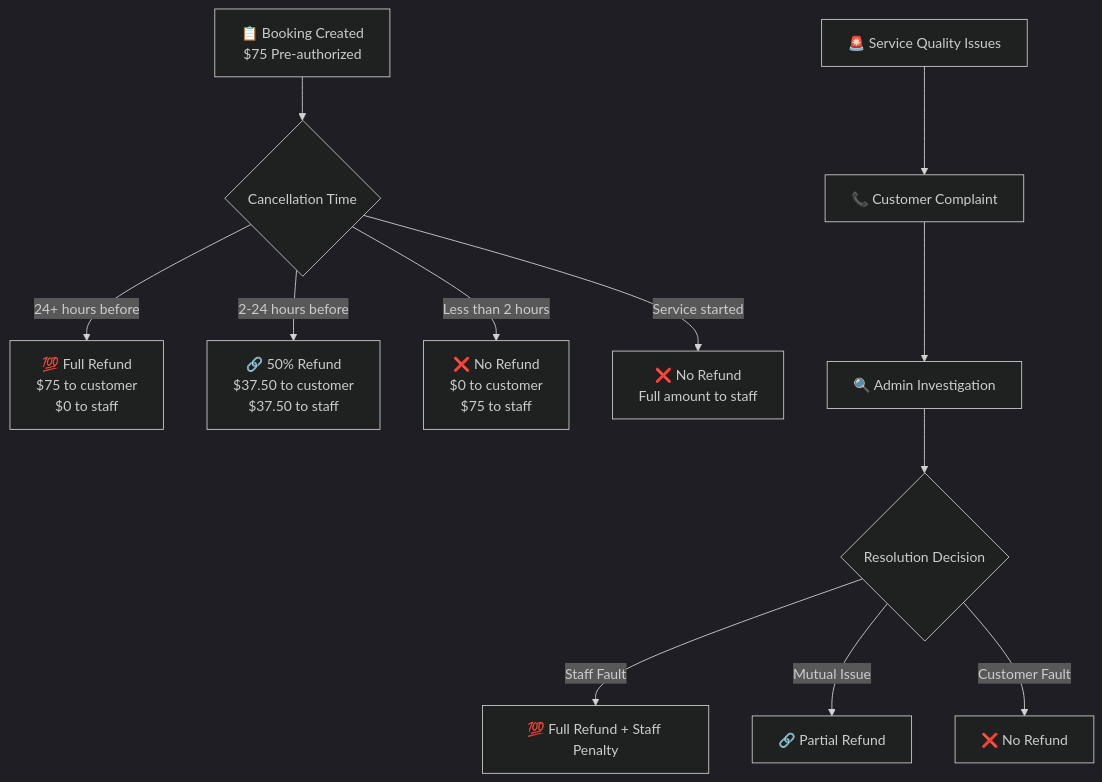
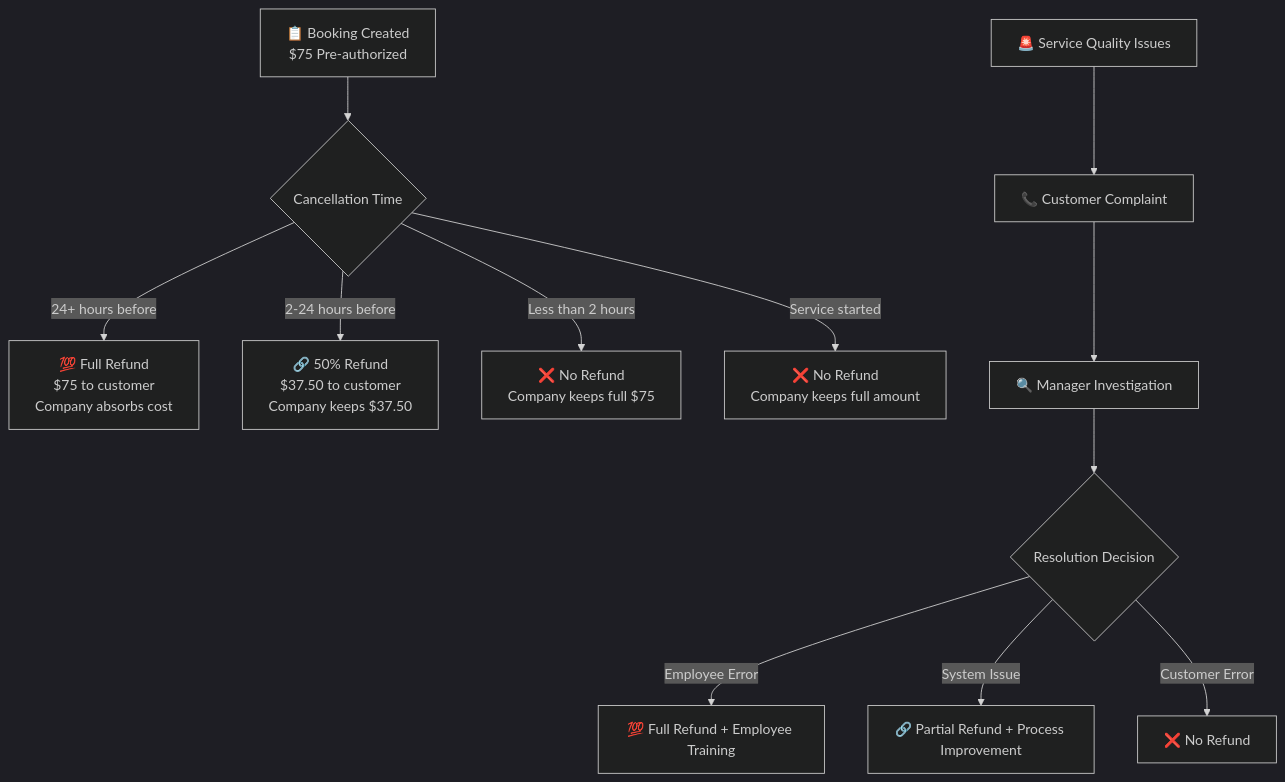
Diagram 12 of 12 in PROJECT_FLOWS.md (HomeCleaningServiceMobile/MobileHomeServiceApi), drawn with Mermaid (dark theme) before and after one commit. The commit also changed other lines of this file, not shown here.

````diff
--- a/PROJECT_FLOWS.md
+++ b/PROJECT_FLOWS.md
@@ -674,16 +972,16 @@
 ```mermaid
 graph TD
     A["📋 Booking Created<br/>$75 Pre-authorized"] --> B{"Cancellation Time"}
     
-    B -->|"24+ hours before"| C["💯 Full Refund<br/>$75 to customer<br/>$0 to staff"]
-    B -->|"2-24 hours before"| D["🔗 50% Refund<br/>$37.50 to customer<br/>$37.50 to staff"]
-    B -->|"Less than 2 hours"| E["❌ No Refund<br/>$0 to customer<br/>$75 to staff"]
-    B -->|"Service started"| F["❌ No Refund<br/>Full amount to staff"]
+    B -->|"24+ hours before"| C["💯 Full Refund<br/>$75 to customer<br/>Company absorbs cost"]
+    B -->|"2-24 hours before"| D["🔗 50% Refund<br/>$37.50 to customer<br/>Company keeps $37.50"]
+    B -->|"Less than 2 hours"| E["❌ No Refund<br/>Company keeps full $75"]
+    B -->|"Service started"| F["❌ No Refund<br/>Company keeps full amount"]
     
     G["🚨 Service Quality Issues"] --> H["📞 Customer Complaint"]
-    H --> I["🔍 Admin Investigation"]
+    H --> I["🔍 Manager Investigation"]
     I --> J{"Resolution Decision"}
-    J -->|"Staff Fault"| K["💯 Full Refund + Staff Penalty"]
-    J -->|"Mutual Issue"| L["🔗 Partial Refund"]
-    J -->|"Customer Fault"| M["❌ No Refund"]
+    J -->|"Employee Error"| K["💯 Full Refund + Employee Training"]
+    J -->|"System Issue"| L["🔗 Partial Refund + Process Improvement"]
+    J -->|"Customer Error"| M["❌ No Refund"]
 ```
````
